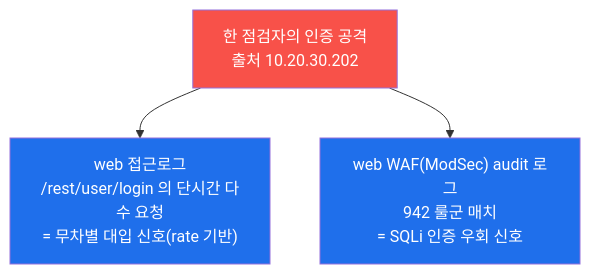
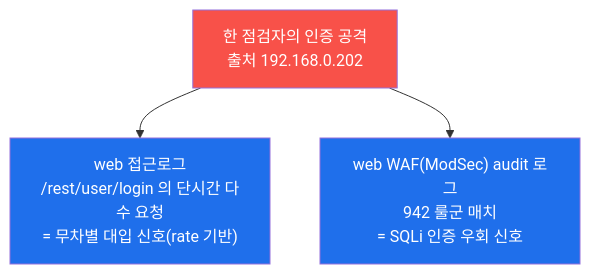
Before and after one commit to mrgrit/tw2: the seventh of 8 diagrams in contents/training/web-vuln/lecture_week04.md, drawn with Mermaid. The commit also changed other lines of this file and 304 other files, not shown here.

````diff
--- a/contents/training/web-vuln/lecture_week04.md
+++ b/contents/training/web-vuln/lecture_week04.md
@@ -441,11 +441,11 @@
 ```mermaid
 graph TD
-    EVENT["한 점검자의 인증 공격<br/>출처 10.20.30.202"]
+    EVENT["한 점검자의 인증 공격<br/>출처 192.168.0.202"]
     ACC["web 접근로그<br/>/rest/user/login 의 단시간 다수 요청<br/>= 무차별 대입 신호(rate 기반)"]
     WAF["web WAF(ModSec) audit 로그<br/>942 룰군 매치<br/>= SQLi 인증 우회 신호"]
     EVENT --> ACC
     EVENT --> WAF
     style EVENT fill:#f85149,color:#fff
     style ACC fill:#1f6feb,color:#fff
     style WAF fill:#1f6feb,color:#fff
 ```
````
